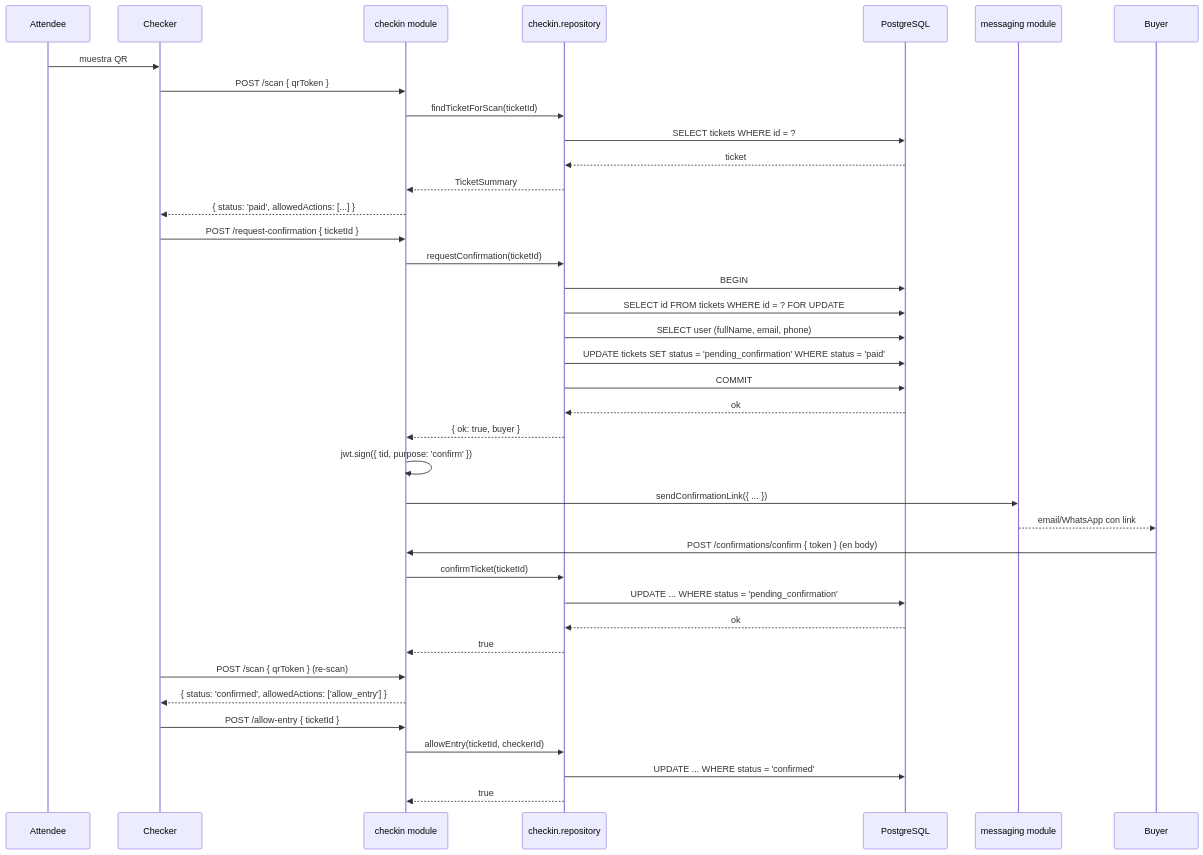
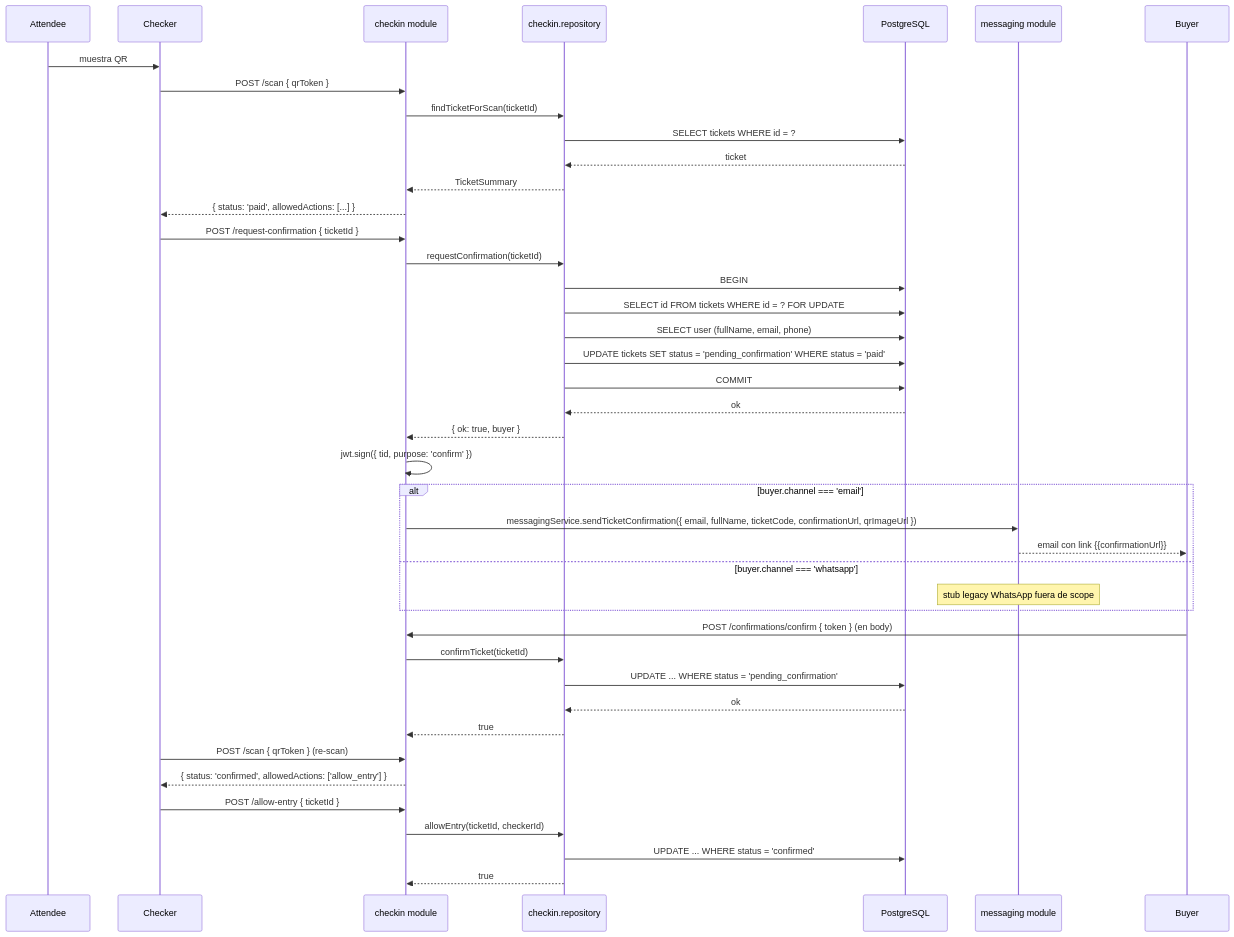
One commit to User281167/venta-de-tickets changed the first of 3 diagrams in backend/src/modules/checkin/README.md. Above: the diagram before and after it, drawn with Mermaid. The commit also changed other lines of this file and 4 other files, not shown here.

````diff
--- a/backend/src/modules/checkin/README.md
+++ b/backend/src/modules/checkin/README.md
@@ -64,44 +64,48 @@
 ```mermaid
 sequenceDiagram
     participant A as Attendee
     participant CK as Checker
     participant API as checkin module
     participant Repo as checkin.repository
     participant DB as PostgreSQL
     participant MC as messaging module
     participant B as Buyer
 
     A->>CK: muestra QR
     CK->>API: POST /scan { qrToken }
     API->>Repo: findTicketForScan(ticketId)
     Repo->>DB: SELECT tickets WHERE id = ?
     DB-->>Repo: ticket
     Repo-->>API: TicketSummary
     API-->>CK: { status: 'paid', allowedActions: [...] }
 
     CK->>API: POST /request-confirmation { ticketId }
     API->>Repo: requestConfirmation(ticketId)
     Repo->>DB: BEGIN
     Repo->>DB: SELECT id FROM tickets WHERE id = ? FOR UPDATE
     Repo->>DB: SELECT user (fullName, email, phone)
     Repo->>DB: UPDATE tickets SET status = 'pending_confirmation' WHERE status = 'paid'
     Repo->>DB: COMMIT
     DB-->>Repo: ok
     Repo-->>API: { ok: true, buyer }
     API->>API: jwt.sign({ tid, purpose: 'confirm' })
-    API->>MC: sendConfirmationLink({ ... })
-    MC-->>B: email/WhatsApp con link
+    alt buyer.channel === 'email'
+        API->>MC: messagingService.sendTicketConfirmation({ email, fullName, ticketCode, confirmationUrl, qrImageUrl })
+        MC-->>B: email con link {{confirmationUrl}}
+    else buyer.channel === 'whatsapp'
+        Note over MC: stub legacy WhatsApp fuera de scope
+    end
 
     B->>API: POST /confirmations/confirm { token } (en body)
     API->>Repo: confirmTicket(ticketId)
     Repo->>DB: UPDATE ... WHERE status = 'pending_confirmation'
     DB-->>Repo: ok
     Repo-->>API: true
 
     CK->>API: POST /scan { qrToken } (re-scan)
     API-->>CK: { status: 'confirmed', allowedActions: ['allow_entry'] }
     CK->>API: POST /allow-entry { ticketId }
     API->>Repo: allowEntry(ticketId, checkerId)
     Repo->>DB: UPDATE ... WHERE status = 'confirmed'
     Repo-->>API: true
 ```
````
